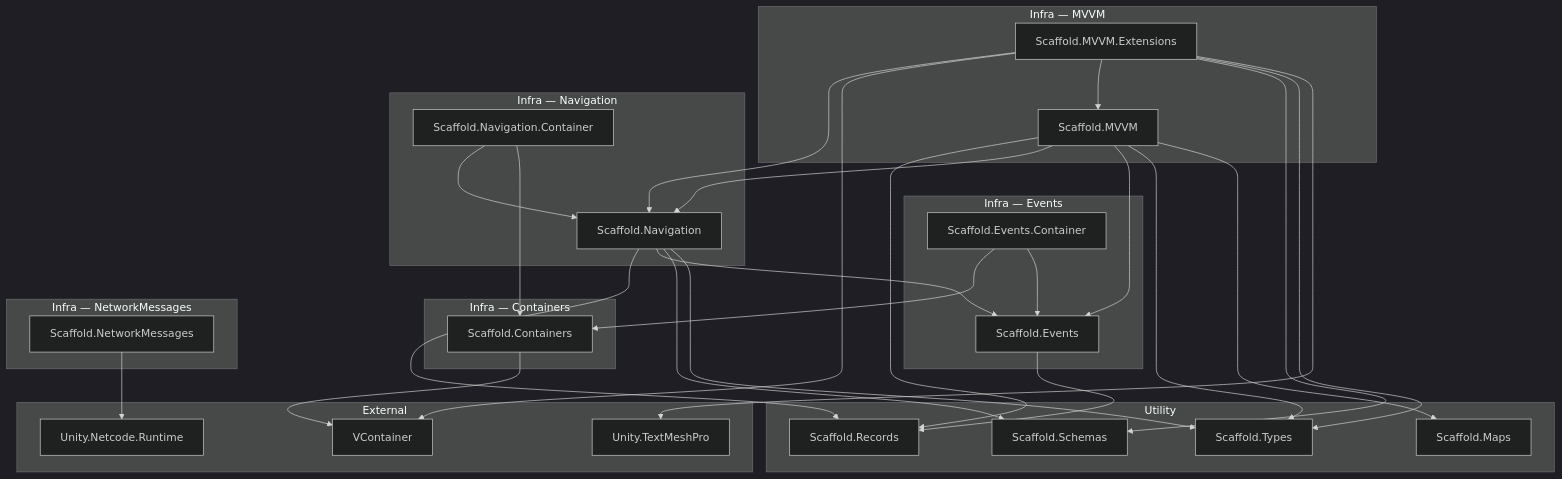
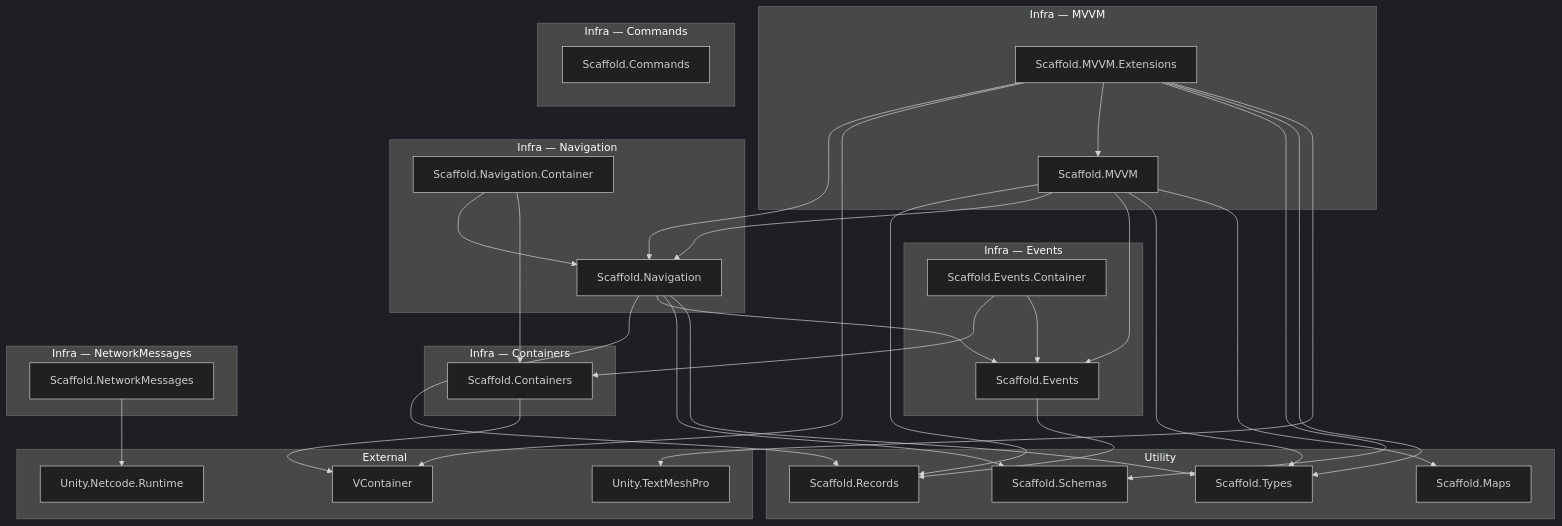
Before and after one commit to MgCohen/Scaffold: the diagram in Docs/infra_dependency_tree.md, drawn with Mermaid (dark theme). The commit also changed other lines of this file and 39 other files, not shown here.

Commit message:
refactor: split commands into dedicated infra module

````diff
--- a/Docs/infra_dependency_tree.md
+++ b/Docs/infra_dependency_tree.md
@@ -5,61 +5,65 @@
 ```mermaid
 graph TD
     subgraph External
         VContainer["VContainer"]
         TMP["Unity.TextMeshPro"]
         Netcode["Unity.Netcode.Runtime"]
     end
 
     subgraph Utility
         Records["Scaffold.Records"]
         Types["Scaffold.Types"]
         Maps["Scaffold.Maps"]
         Schemas["Scaffold.Schemas"]
     end
 
     subgraph "Infra — Containers"
         Containers["Scaffold.Containers"]
     end
 
     subgraph "Infra — Events"
         Events["Scaffold.Events"]
         EventsContainer["Scaffold.Events.Container"]
     end
 
     subgraph "Infra — MVVM"
         MVVM["Scaffold.MVVM"]
         MVVMExt["Scaffold.MVVM.Extensions"]
     end
 
     subgraph "Infra — Navigation"
         Navigation["Scaffold.Navigation"]
         NavContainer["Scaffold.Navigation.Container"]
     end
 
+    subgraph "Infra — Commands"
+        Commands["Scaffold.Commands"]
+    end
+
     subgraph "Infra — NetworkMessages"
         NetMsg["Scaffold.NetworkMessages"]
     end
 
     Containers --> VContainer
     Events --> Records
     EventsContainer --> Events
     EventsContainer --> Containers
     MVVM --> Maps
     MVVM --> Types
     MVVM --> Events
     MVVM --> Navigation
     MVVM --> Records
     MVVMExt --> TMP
     MVVMExt --> Types
     MVVMExt --> Schemas
     MVVMExt --> MVVM
     MVVMExt --> VContainer
     MVVMExt --> Navigation
     Navigation --> Types
     Navigation --> Schemas
     Navigation --> Events
     Navigation --> Records
     NavContainer --> Containers
     NavContainer --> Navigation
     NetMsg --> Netcode
 ```
````
